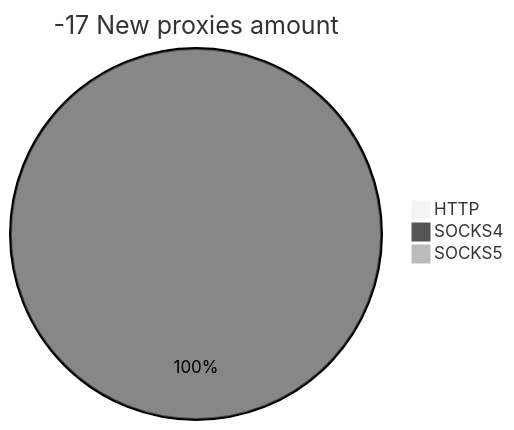
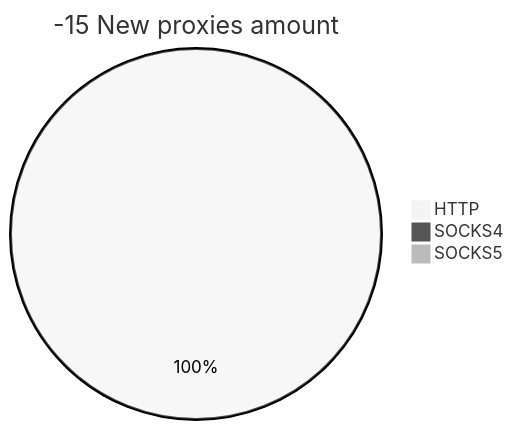
One commit to cutipu/proxylist changed the second of 2 diagrams in README.md. Above: the diagram before and after it, drawn with Mermaid (neutral theme). The commit also changed other lines of this file, not shown here.

````diff
--- a/README.md
+++ b/README.md
@@ -10,6 +10,6 @@
 ```mermaid
-pie title -17 New proxies amount
-    "HTTP" : 0
-    "SOCKS4" : 40
+pie title -15 New proxies amount
+    "HTTP" : 21
+    "SOCKS4" : 0
     "SOCKS5" : 0
 ```
````
